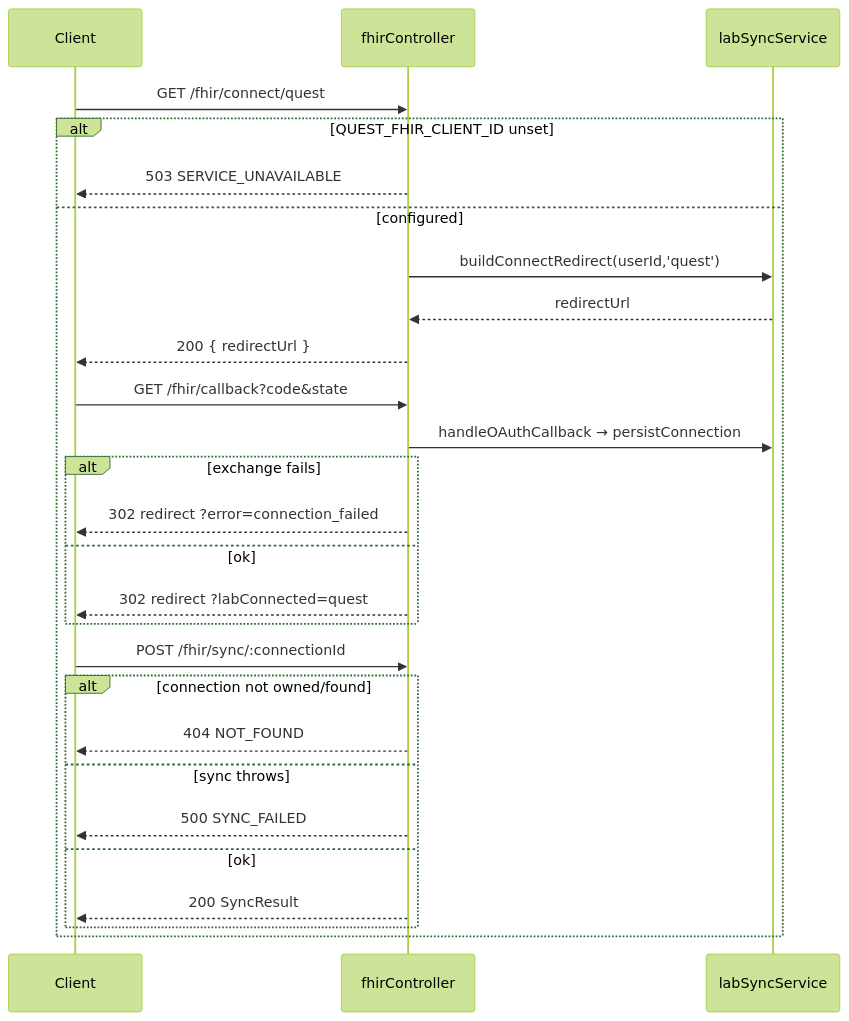
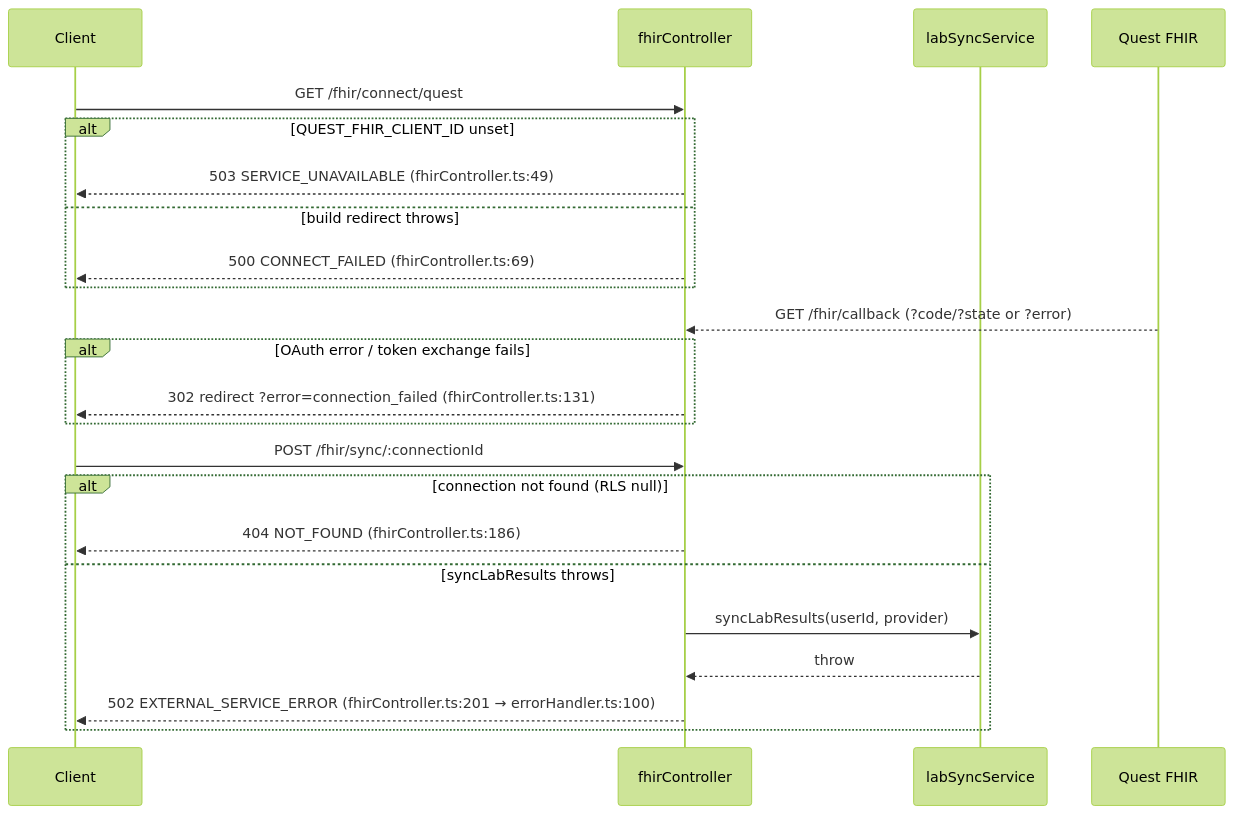
The diagram in New Project Documents/ERROR_RECOVERY.md (breilly1296/OwnMyHealth-Claude), drawn with Mermaid (forest theme) before and after one commit. The commit also changed other lines of this file and 146 other files, not shown here.

````diff
--- a/New Project Documents/ERROR_RECOVERY.md
+++ b/New Project Documents/ERROR_RECOVERY.md
@@ -480,29 +481,25 @@
 ```mermaid
 sequenceDiagram
   participant C as Client
   participant F as fhirController
   participant L as labSyncService
+  participant Q as Quest FHIR
   C->>F: GET /fhir/connect/quest
   alt QUEST_FHIR_CLIENT_ID unset
-    F-->>C: 503 SERVICE_UNAVAILABLE
-  else configured
-    F->>L: buildConnectRedirect(userId,'quest')
-    L-->>F: redirectUrl
-    F-->>C: 200 { redirectUrl }
-    C->>F: GET /fhir/callback?code&state
-    F->>L: handleOAuthCallback → persistConnection
-    alt exchange fails
-      F-->>C: 302 redirect ?error=connection_failed
-    else ok
-      F-->>C: 302 redirect ?labConnected=quest
-    end
-    C->>F: POST /fhir/sync/:connectionId
-    alt connection not owned/found
-      F-->>C: 404 NOT_FOUND
-    else sync throws
-      F-->>C: 500 SYNC_FAILED
-    else ok
-      F-->>C: 200 SyncResult
-    end
+    F-->>C: 503 SERVICE_UNAVAILABLE (fhirController.ts:49)
+  else build redirect throws
+    F-->>C: 500 CONNECT_FAILED (fhirController.ts:69)
+  end
+  Q-->>F: GET /fhir/callback (?code/?state or ?error)
+  alt OAuth error / token exchange fails
+    F-->>C: 302 redirect ?error=connection_failed (fhirController.ts:131)
+  end
+  C->>F: POST /fhir/sync/:connectionId
+  alt connection not found (RLS null)
+    F-->>C: 404 NOT_FOUND (fhirController.ts:186)
+  else syncLabResults throws
+    F->>L: syncLabResults(userId, provider)
+    L-->>F: throw
+    F-->>C: 502 EXTERNAL_SERVICE_ERROR (fhirController.ts:201 → errorHandler.ts:100)
   end
 ```
````
